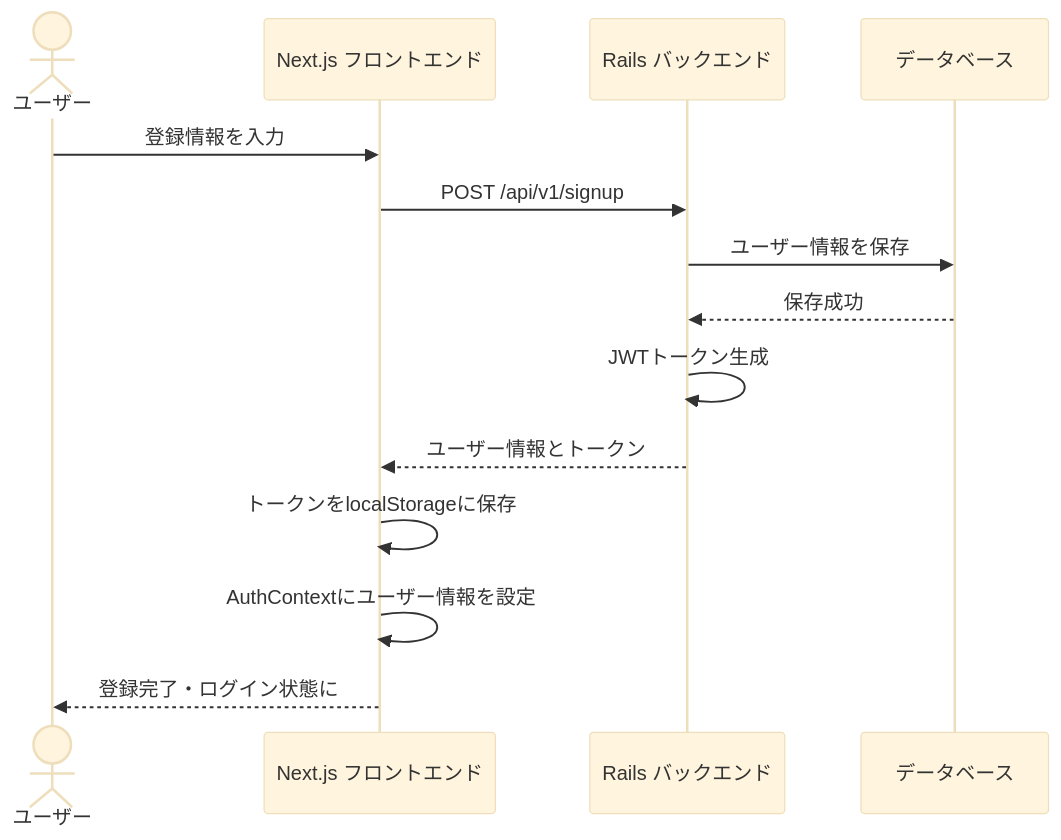
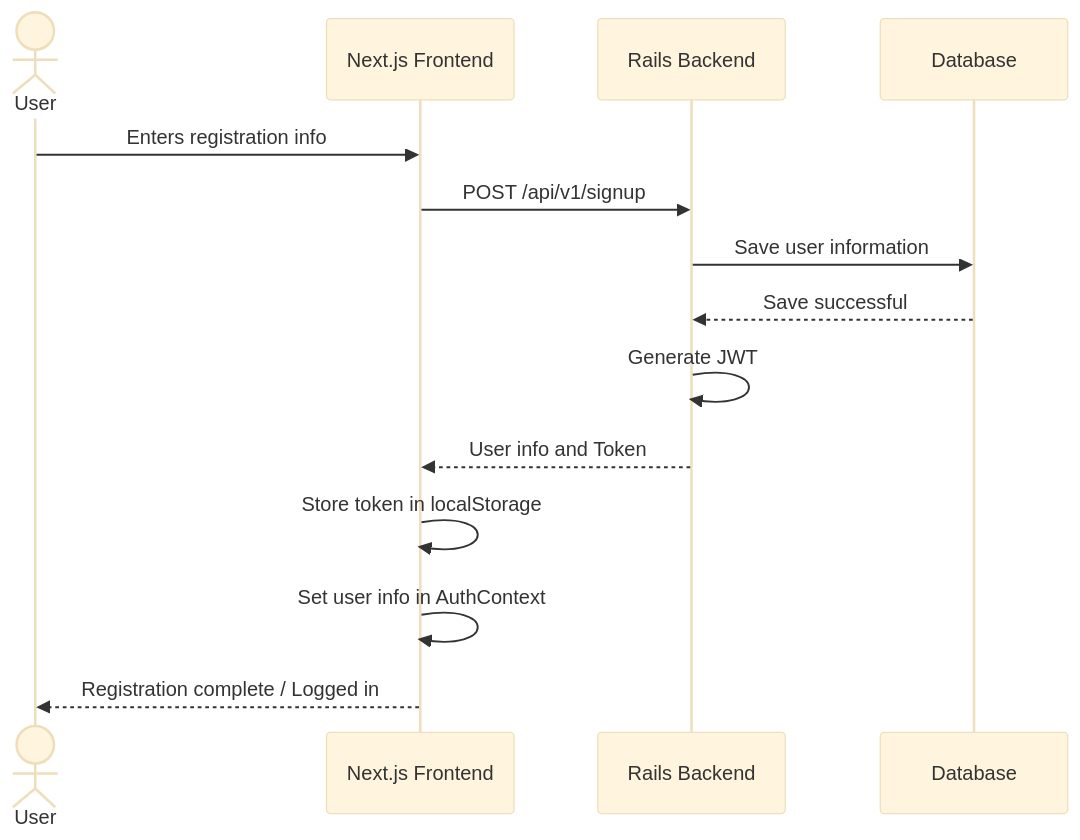
Before and after one commit to tomooshima0828/portfolio-next-rails-ecsite: the first of 4 diagrams in docs/references/002_authentication_flow.md, drawn with Mermaid (base theme). The commit also changed other lines of this file, not shown here.

Commit message:
fix: Update login authenticate flow document

````diff
--- a/docs/references/002_authentication_flow.md
+++ b/docs/references/002_authentication_flow.md
@@ -15,17 +17,17 @@
 ```mermaid
 sequenceDiagram
-    actor ユーザー
-    participant フロントエンド as Next.js フロントエンド
-    participant バックエンド as Rails バックエンド
-    participant DB as データベース
-    
-    ユーザー->>フロントエンド: 登録情報を入力
-    フロントエンド->>バックエンド: POST /api/v1/signup
-    バックエンド->>DB: ユーザー情報を保存
-    DB-->>バックエンド: 保存成功
-    バックエンド->>バックエンド: JWTトークン生成
-    バックエンド-->>フロントエンド: ユーザー情報とトークン
-    フロントエンド->>フロントエンド: トークンをlocalStorageに保存
-    フロントエンド->>フロントエンド: AuthContextにユーザー情報を設定
-    フロントエンド-->>ユーザー: 登録完了・ログイン状態に
+    actor User
+    participant Frontend as Next.js Frontend
+    participant Backend as Rails Backend
+    participant DB as Database
+
+    User->>Frontend: Enters registration info
+    Frontend->>Backend: POST /api/v1/signup
+    Backend->>DB: Save user information
+    DB-->>Backend: Save successful
+    Backend->>Backend: Generate JWT
+    Backend-->>Frontend: User info and Token
+    Frontend->>Frontend: Store token in localStorage
+    Frontend->>Frontend: Set user info in AuthContext
+    Frontend-->>User: Registration complete / Logged in
 ```
````
